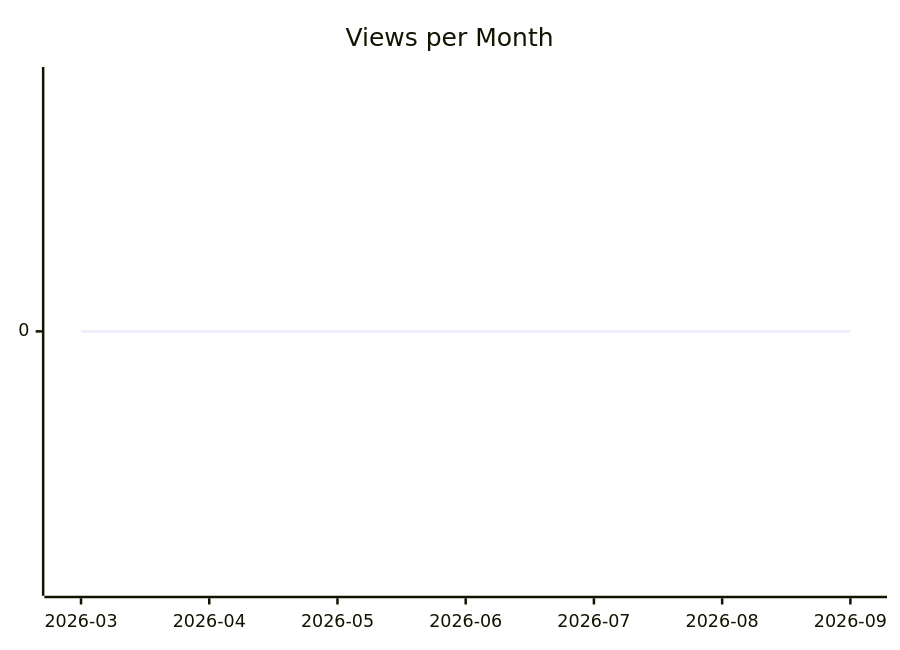
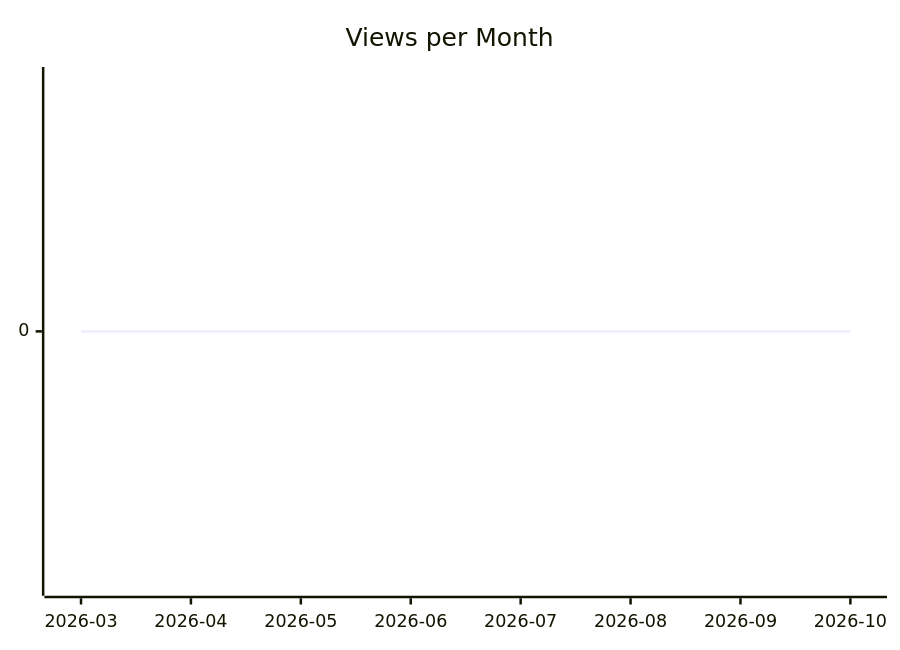
One commit to justdavis-family/github-analytics-data changed the second of 3 diagrams in karlmdavis/stockfighter-trades-solutions/README.md. Above: the diagram before and after it, drawn with Mermaid. The commit also changed other lines of this file and 202 other files, not shown here.

````diff
--- a/karlmdavis/stockfighter-trades-solutions/README.md
+++ b/karlmdavis/stockfighter-trades-solutions/README.md
@@ -12,6 +12,6 @@
 ```mermaid
 xychart-beta
   title "Views per Month"
-  x-axis ["2026-03", "2026-04", "2026-05", "2026-06", "2026-07", "2026-08", "2026-09"]
-  line [0, 0, 0, 0, 0, 0, 0]
+  x-axis ["2026-03", "2026-04", "2026-05", "2026-06", "2026-07", "2026-08", "2026-09", "2026-10"]
+  line [0, 0, 0, 0, 0, 0, 0, 0]
 ```
````
